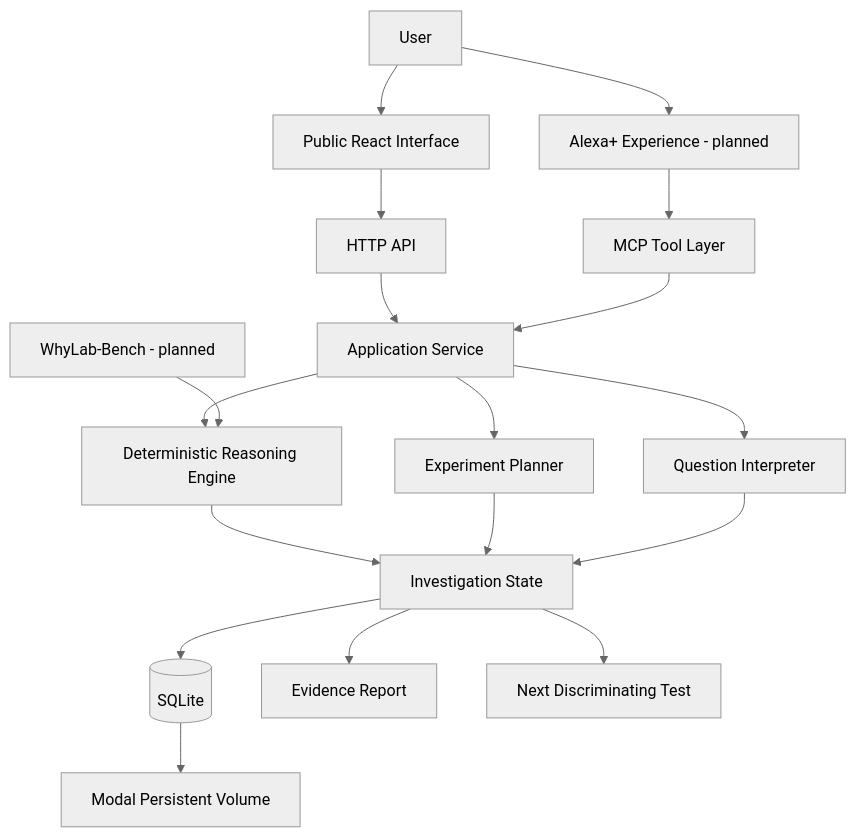
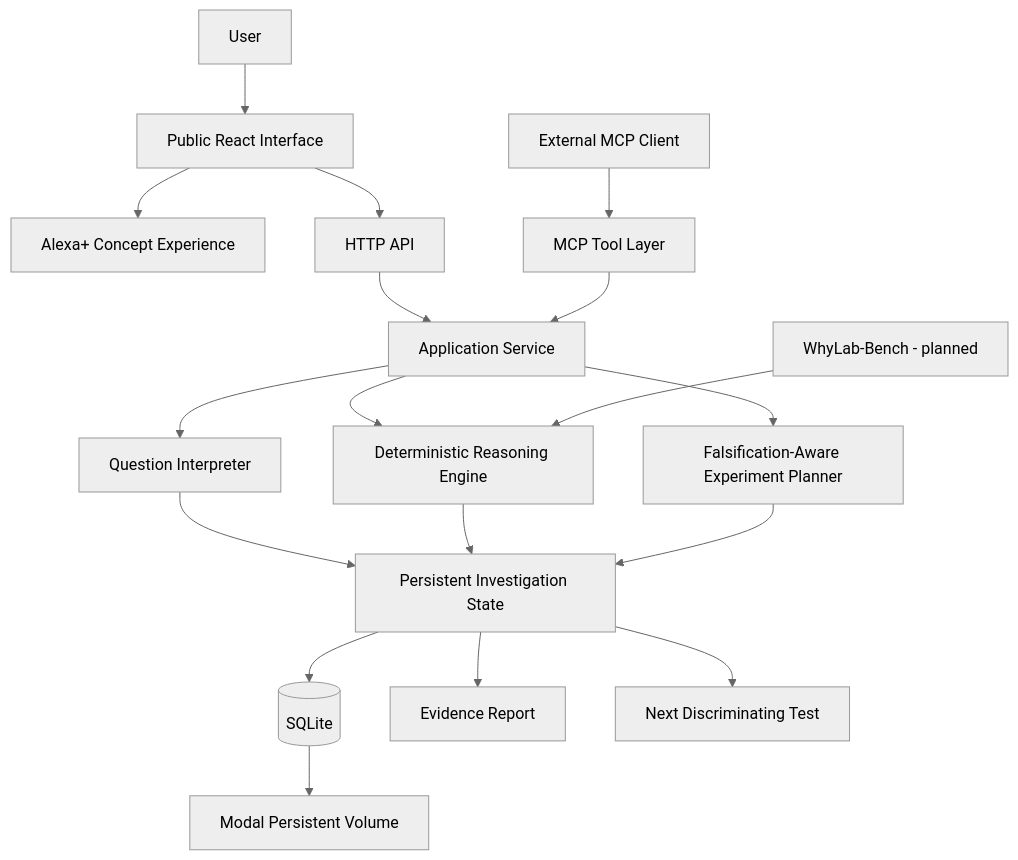
The diagram in README.md (Grolds-Code/WhyLab), drawn with Mermaid (neutral theme) before and after one commit. The commit also changed other lines of this file, not shown here.

````diff
--- a/README.md
+++ b/README.md
@@ -189,26 +200,27 @@
 ```mermaid
 flowchart TD
     U[User] --> W[Public React Interface]
-    U --> X[Alexa+ Experience - planned]
+    W --> C[Alexa+ Concept Experience]
+    W --> H[HTTP API]
 
-    W --> H[HTTP API]
-    X --> M[MCP Tool Layer]
+    X[External MCP Client] --> M[MCP Tool Layer]
 
     H --> A[Application Service]
-    M --> A[Application Service]
+    M --> A
+
     A --> I[Question Interpreter]
     A --> R[Deterministic Reasoning Engine]
-    A --> P[Experiment Planner]
+    A --> P[Falsification-Aware Experiment Planner]
 
-    R --> S[Investigation State]
+    I --> S[Persistent Investigation State]
+    R --> S
     P --> S
-    I --> S
 
     S --> DB[(SQLite)]
     DB --> V[Modal Persistent Volume]
 
     S --> E[Evidence Report]
     S --> N[Next Discriminating Test]
 
     B[WhyLab-Bench - planned] --> R
 ```
````
